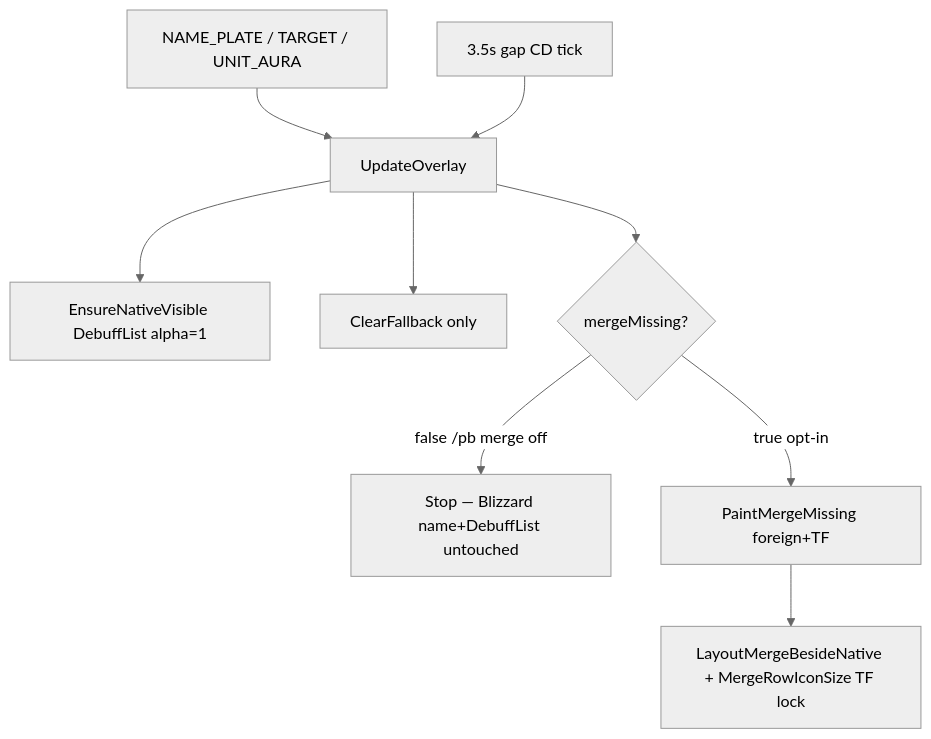
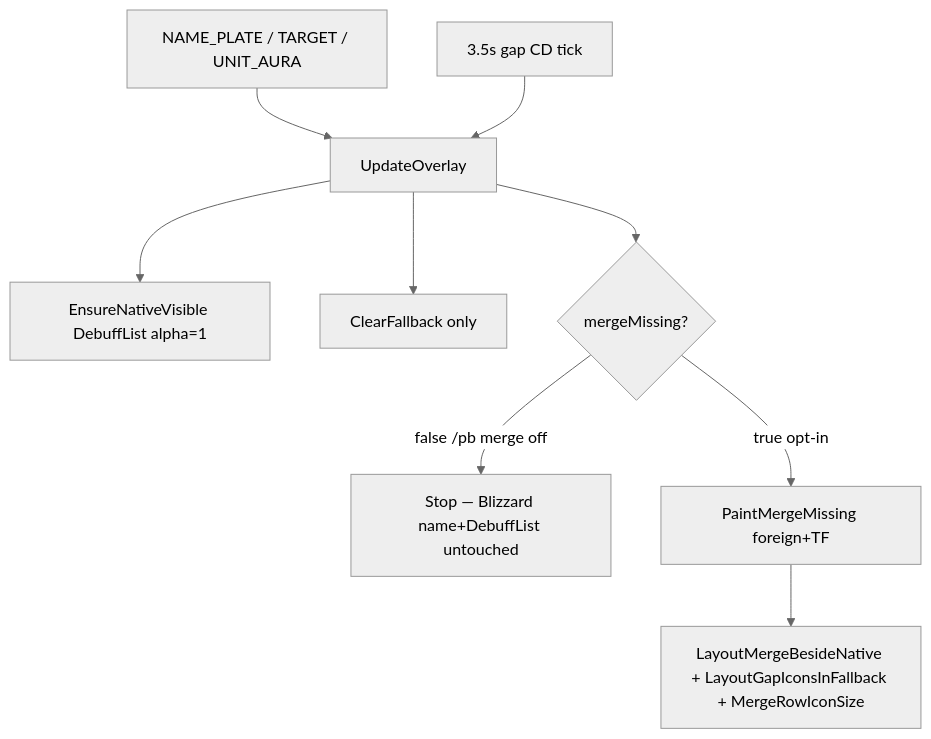
One commit to sirTurbisCZ/wow-forever-addons changed the second of 3 diagrams in addons/Plateband/Docs/loops.md. Above: the diagram before and after it, drawn with Mermaid (neutral theme). The commit also changed 5 other files, not shown here.

First line of the commit message:
Plateband 0.3.15: multi-gap layout nativeVis=0

````diff
--- a/addons/Plateband/Docs/loops.md
+++ b/addons/Plateband/Docs/loops.md
@@ -25,11 +25,11 @@
 ```mermaid
 flowchart TD
   ev[NAME_PLATE / TARGET / UNIT_AURA] --> upd[UpdateOverlay]
   tick[3.5s gap CD tick] --> upd
   upd --> native[EnsureNativeVisible DebuffList alpha=1]
   upd --> clear[ClearFallback only]
   upd --> mergeFlag{mergeMissing?}
   mergeFlag -->|false /pb merge off| stop[Stop — Blizzard name+DebuffList untouched]
   mergeFlag -->|true opt-in| paint[PaintMergeMissing foreign+TF]
-  paint --> layout[LayoutMergeBesideNative + MergeRowIconSize TF lock]
+  paint --> layout[LayoutMergeBesideNative + LayoutGapIconsInFallback + MergeRowIconSize]
 ```
````
